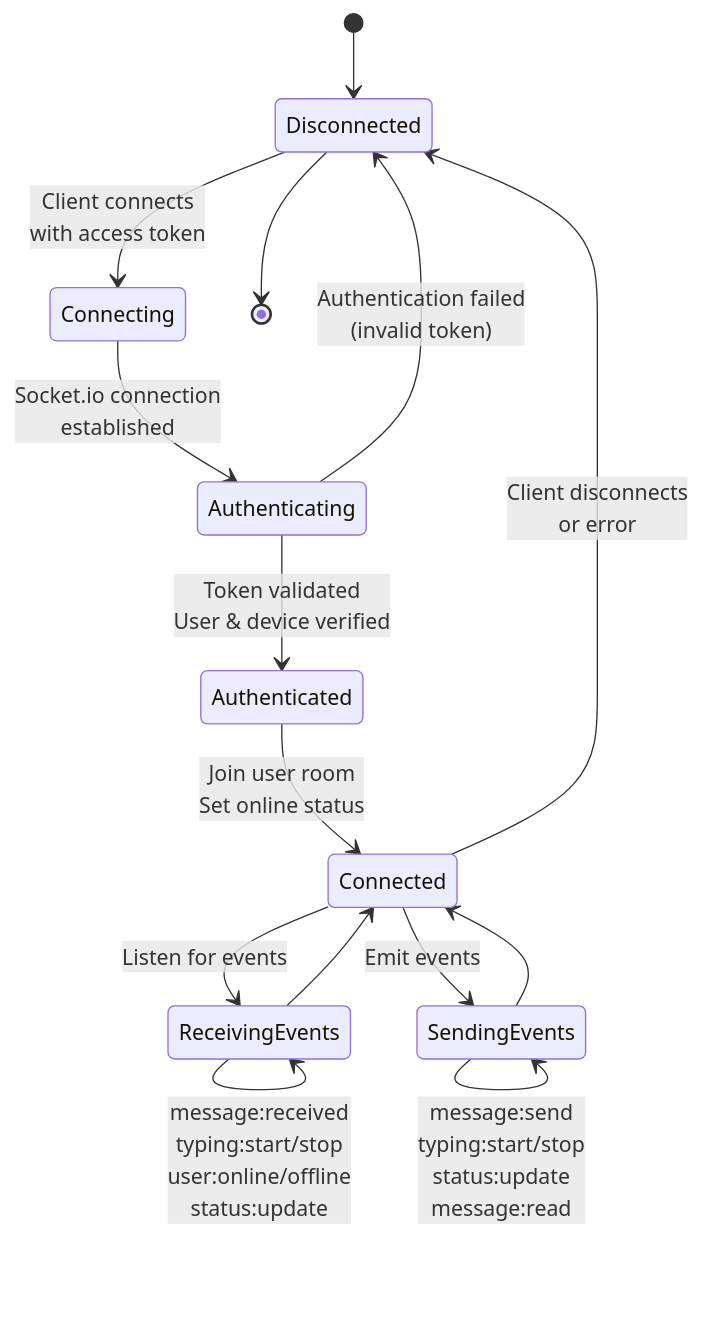
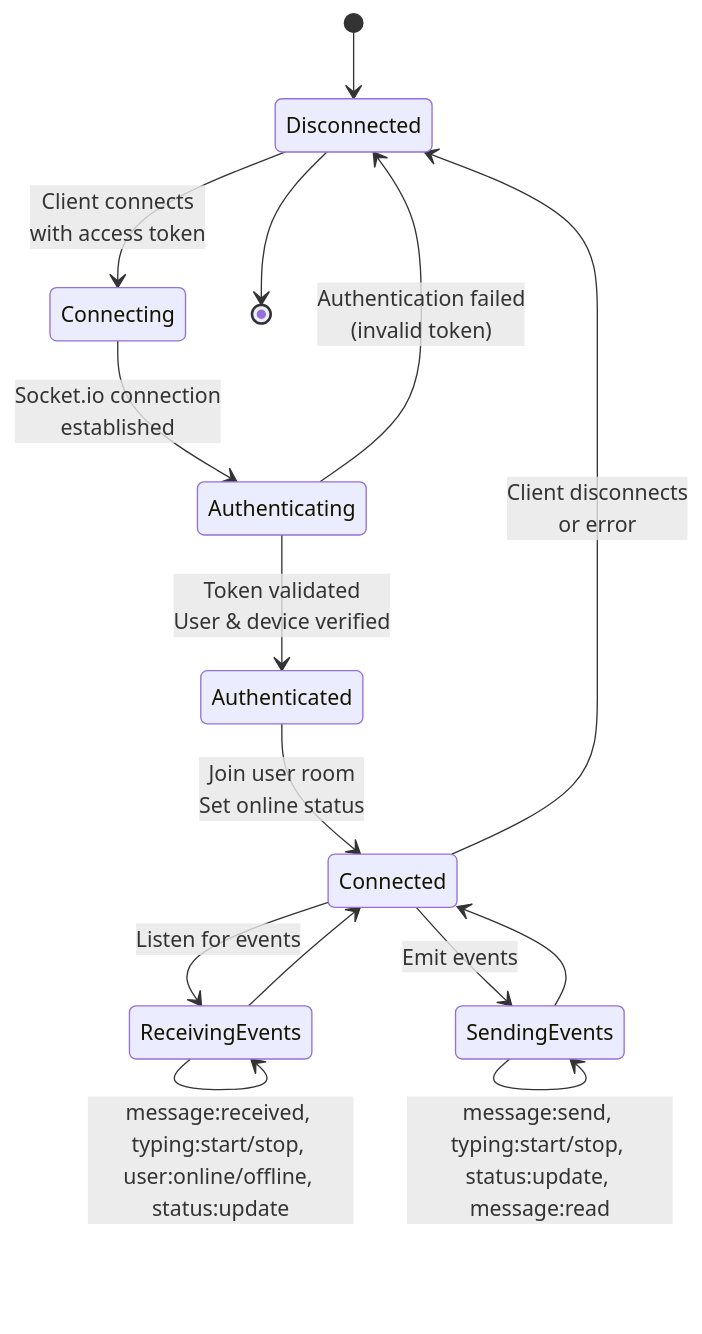
One commit to YaduEnc/PlasticWorld changed the tenth of 15 diagrams in README.md. Above: the diagram before and after it, drawn with Mermaid. The commit also changed other lines of this file, not shown here.

First line of the commit message:
Fix Mermaid diagram parsing errors and add author email

````diff
--- a/README.md
+++ b/README.md
@@ -725,29 +725,29 @@
 ```mermaid
 stateDiagram-v2
     [*] --> Disconnected
     
     Disconnected --> Connecting: Client connects<br/>with access token
     
     Connecting --> Authenticating: Socket.io connection<br/>established
     
     Authenticating --> Authenticated: Token validated<br/>User & device verified
     
     Authenticating --> Disconnected: Authentication failed<br/>(invalid token)
     
     Authenticated --> Connected: Join user room<br/>Set online status
     
     Connected --> ReceivingEvents: Listen for events
     
-    ReceivingEvents --> ReceivingEvents: message:received<br/>typing:start/stop<br/>user:online/offline<br/>status:update
+    ReceivingEvents --> ReceivingEvents: message:received, typing:start/stop, user:online/offline, status:update
     
     Connected --> SendingEvents: Emit events
     
-    SendingEvents --> SendingEvents: message:send<br/>typing:start/stop<br/>status:update<br/>message:read
+    SendingEvents --> SendingEvents: message:send, typing:start/stop, status:update, message:read
     
     ReceivingEvents --> Connected
     SendingEvents --> Connected
     
     Connected --> Disconnected: Client disconnects<br/>or error
     
     Disconnected --> [*]
 ```
````
